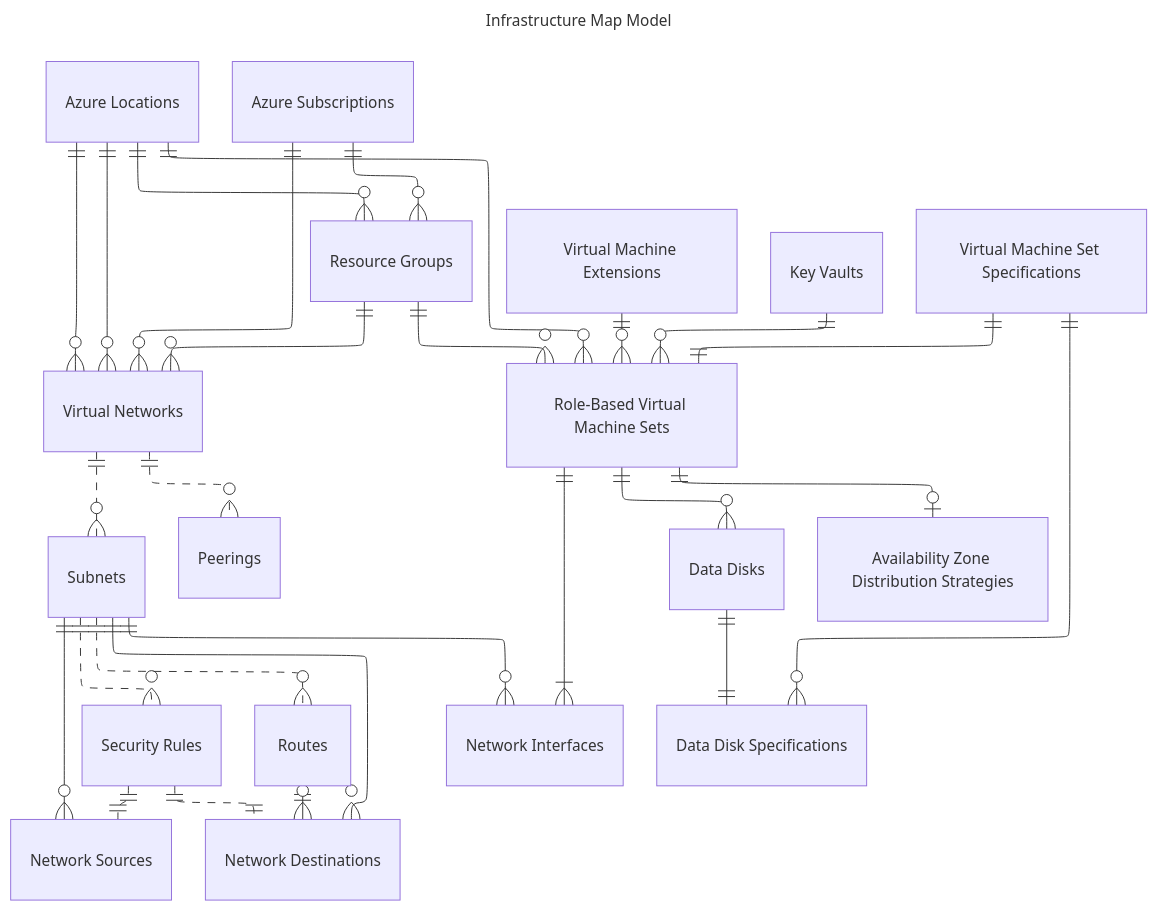
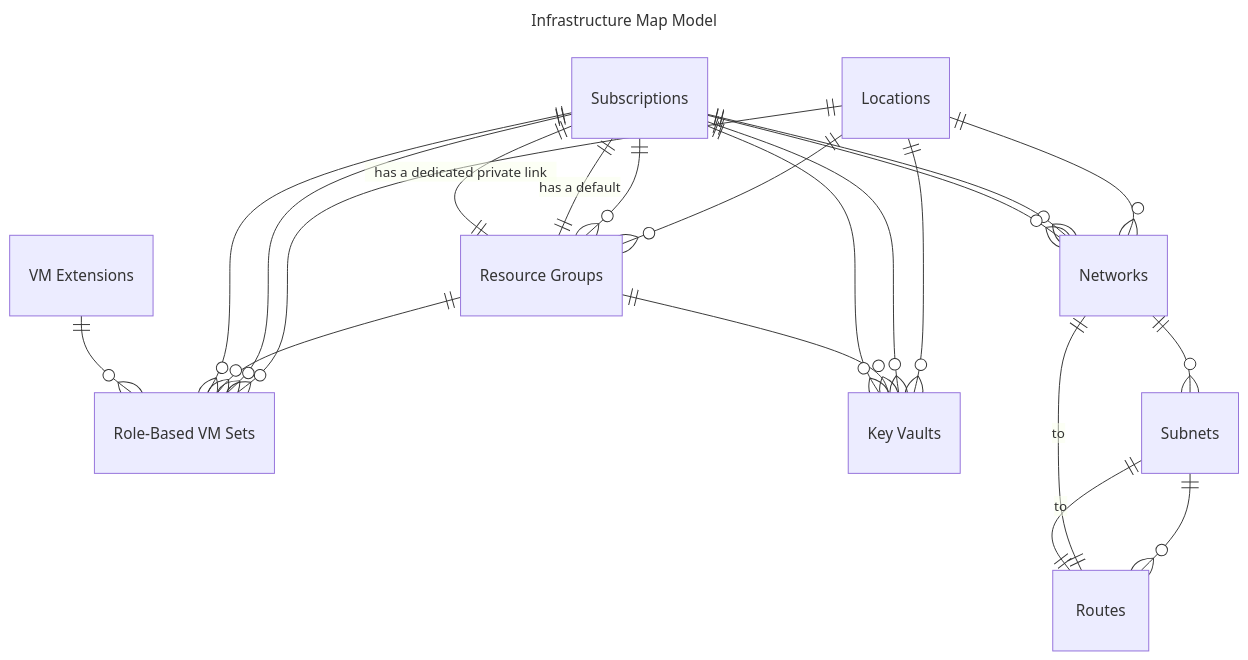
The diagram in README.md (Azure/relational-infrastructure), drawn with Mermaid before and after one commit.

````diff
--- a/README.md
+++ b/README.md
@@ -23,34 +23,26 @@
 ```mermaid
 ---
 title: Infrastructure Map Model
-config:
-        layout: elk
 ---
 erDiagram
-  "Azure Locations" ||--o{ "Resource Groups" : ""
-  "Azure Subscriptions" ||--o{ "Resource Groups" : ""
-  "Azure Locations" ||--o{ "Virtual Networks" : ""
-  "Azure Locations" ||--o{ "Virtual Networks" : ""
-  "Azure Subscriptions" ||--o{ "Virtual Networks" : ""
-  "Resource Groups" ||--o{ "Virtual Networks" : ""
-  "Virtual Networks" ||..o{ "Subnets" : ""
-  "Virtual Networks" ||..o{ "Peerings" : ""
-  "Subnets" ||..o{ "Security Rules" : ""
-  "Subnets" ||--o{ "Network Sources" : ""
-  "Subnets" ||--o{ "Network Destinations" : ""
-  "Security Rules" ||..|| "Network Sources" : ""
-  "Security Rules" ||..|| "Network Destinations" : ""
-  "Subnets" ||..o{ "Routes" : ""
-  "Routes" ||--o{ "Network Destinations" : ""
-  "Virtual Machine Extensions" ||--o{ "Role-Based Virtual Machine Sets" : ""
-  "Azure Locations" ||--o{ "Role-Based Virtual Machine Sets" : ""
-  "Resource Groups" ||--o{ "Role-Based Virtual Machine Sets" : ""
-  "Key Vaults" ||--o{ "Role-Based Virtual Machine Sets" : ""
-  "Role-Based Virtual Machine Sets" ||--|{ "Network Interfaces" : ""
-  "Subnets" ||--o{ "Network Interfaces" : ""
-  "Role-Based Virtual Machine Sets" ||--o{ "Data Disks" : ""
-  "Virtual Machine Set Specifications" ||--|| "Role-Based Virtual Machine Sets" : ""
-  "Virtual Machine Set Specifications" ||--o{ "Data Disk Specifications" : ""
-  "Data Disks" ||--|| "Data Disk Specifications" : ""
-  "Role-Based Virtual Machine Sets" ||--o| "Availability Zone Distribution Strategies" : ""
+  Locations ||--o{ "Resource Groups" : ""
+  Locations ||--o{ "Networks" : ""
+  Locations ||--o{ "Role-Based VM Sets" : ""
+  Locations ||--o{ "Key Vaults" : ""
+  Subscriptions ||--o{ "Key Vaults" : ""
+  Subscriptions ||--o{ "Resource Groups" : ""
+  Subscriptions ||--o{ "Networks" : ""
+  Subscriptions ||--o{ "Role-Based VM Sets" : ""
+  "Resource Groups" ||--o{ "Role-Based VM Sets" : ""
+  "Resource Groups" ||--o{ "Key Vaults" : ""
+  "Subscriptions" ||--|| "Resource Groups" : "has a default"
+  "Subscriptions" ||--|| "Resource Groups" : "has a dedicated private link"
+  "Subscriptions" ||--o{ "Networks" : ""
+  "Subscriptions" ||--o{ "Role-Based VM Sets" : ""
+  "Subscriptions" ||--o{ "Key Vaults" : ""
+  "VM Extensions" ||--o{ "Role-Based VM Sets" : ""
+  "Networks" ||--o{ "Subnets" : ""
+  "Subnets" ||--o{ "Routes" : ""
+  "Routes" ||--|| "Networks" : "to"
+  "Routes" ||--|| "Subnets" : "to"
 ```
````
